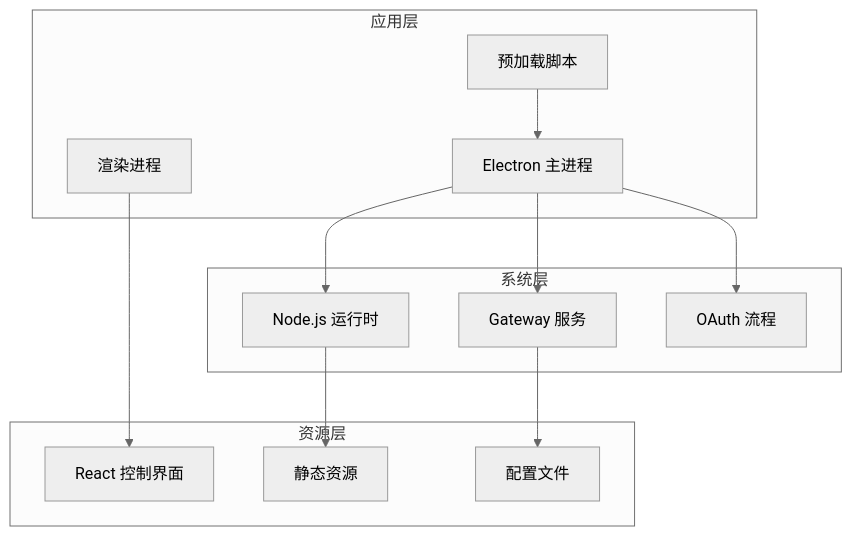
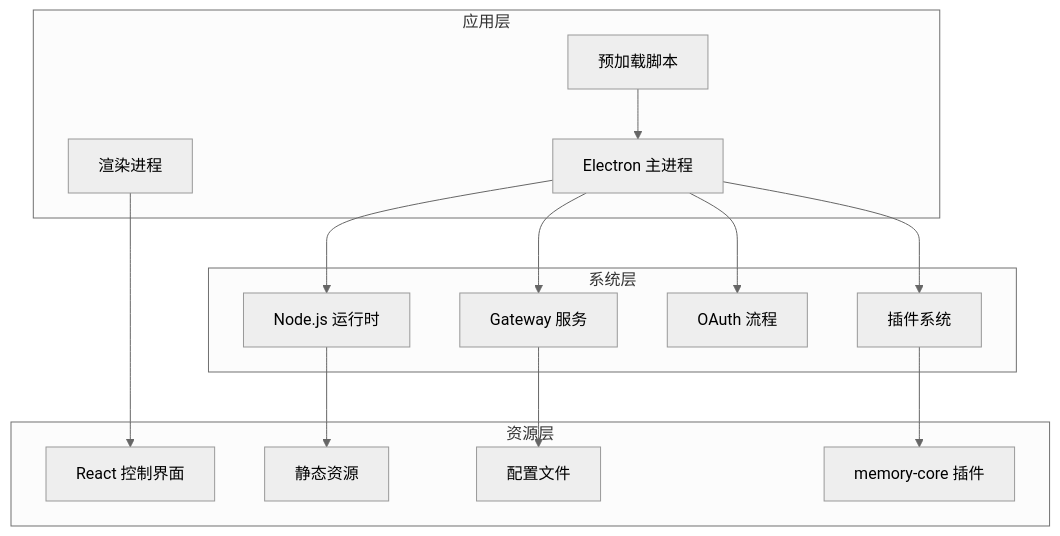
Before and after one commit to verse-ai-org/openclaw: the fourth of 8 diagrams in .qoder/repowiki/zh/content/Electron Packaging Configuration.md, drawn with Mermaid (neutral theme). The commit also changed other lines of this file and 9 other files, not shown here.

````diff
--- a/.qoder/repowiki/zh/content/Electron Packaging Configuration.md
+++ b/.qoder/repowiki/zh/content/Electron Packaging Configuration.md
@@ -156,25 +184,29 @@
 ```mermaid
 graph TB
 subgraph "应用层"
 A[Electron 主进程]
 B[渲染进程]
 C[预加载脚本]
 end
 subgraph "系统层"
 D[Node.js 运行时]
 E[Gateway 服务]
 F[OAuth 流程]
+G[插件系统]
 end
 subgraph "资源层"
-G[React 控制界面]
-H[静态资源]
-I[配置文件]
+H[React 控制界面]
+I[静态资源]
+J[配置文件]
+K[memory-core 插件]
 end
 A --> D
 A --> E
 A --> F
-B --> G
+A --> G
+B --> H
 C --> A
-D --> H
-E --> I
+D --> I
+E --> J
+G --> K
 ```
````
